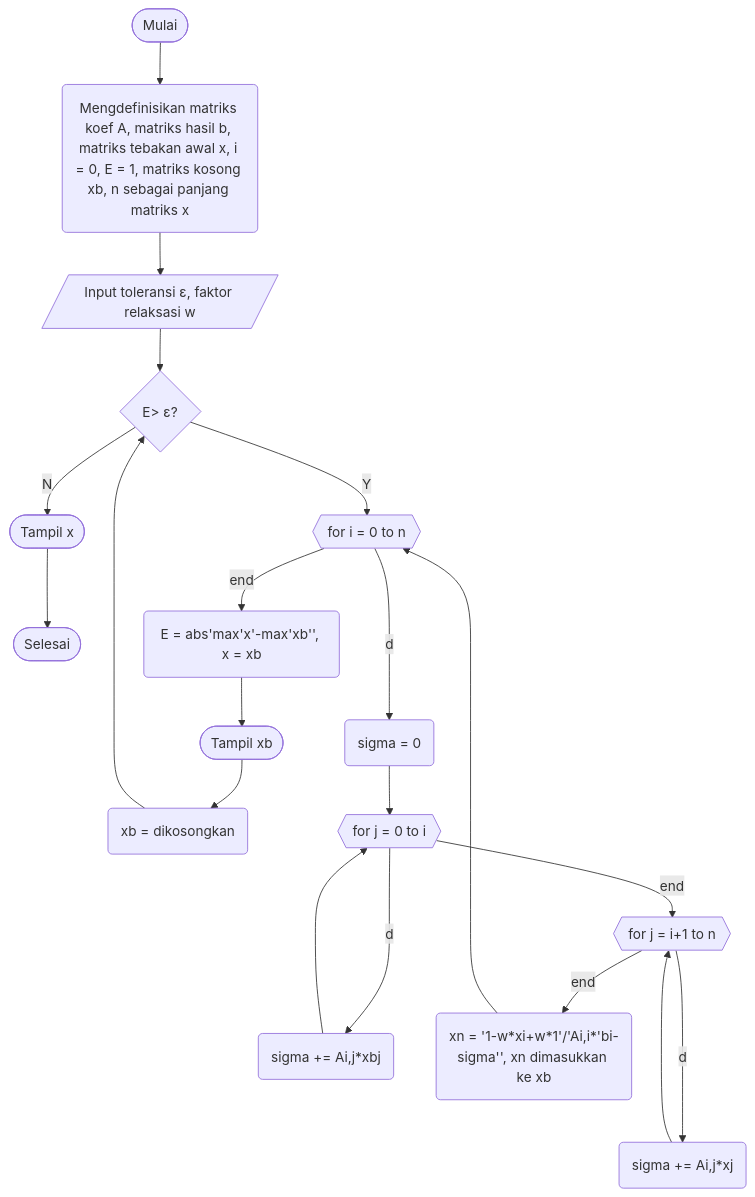
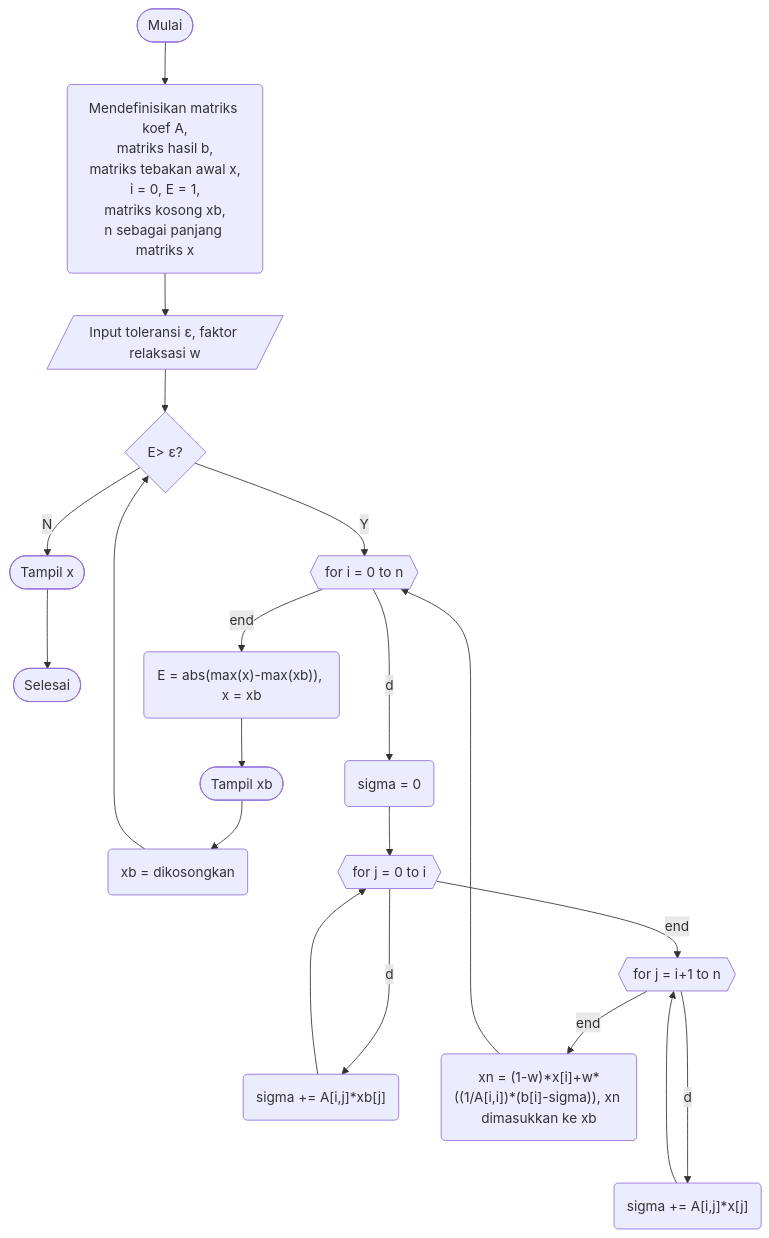
The third of 3 diagrams in README.md (yozoracaelum/KN-M3), drawn with Mermaid before and after one commit. The commit also changed other lines of this file, not shown here.

````diff
--- a/README.md
+++ b/README.md
@@ -50,22 +50,22 @@
 ```mermaid
 graph TD;
-    A([Mulai])-->B(Mengdefinisikan matriks koef A, matriks hasil b, matriks tebakan awal x, i = 0, E = 1, matriks kosong xb, n sebagai panjang matriks x);
+    A([Mulai])-->B(Mendefinisikan matriks koef A,<br/>matriks hasil b,<br/>matriks tebakan awal x,<br/>i = 0, E = 1,<br/>matriks kosong xb,<br/>n sebagai panjang matriks x);
     B-->C[/Input toleransi ε, faktor relaksasi w/];
     C-->D{E> ε?};
     D--Y-->E{{for i = 0 to n}};
     D--N-->O([Tampil x]);
     O-->P([Selesai]);
-    E--end-->L(E = abs'max'x'-max'xb'', x = xb);
+    E--end-->L("E = abs(max(x)-max(xb)), x = xb");
     L-->M([Tampil xb]);
     M-->N(xb = dikosongkan);
     N-->D;
     E--do-->F(sigma = 0);
     F-->G{{for j = 0 to i}}
-    G--do-->H(sigma += Ai,j*xbj);
+    G--do-->H("sigma += A[i,j]*xb[j]");
     H-->G;
     G--end-->I{{for j = i+1 to n}};
-    I--do-->J(sigma += Ai,j*xj);
+    I--do-->J("sigma += A[i,j]*x[j]");
     J-->I;
-    I--end-->K(xn = '1-w*xi+w*1'/'Ai,i*'bi-sigma'', xn dimasukkan ke xb);
+    I--end-->K("xn = (1-w)*x[i]+w*((1/A[i,i])*(b[i]-sigma)), xn dimasukkan ke xb");
     K-->E;
 ```
````
